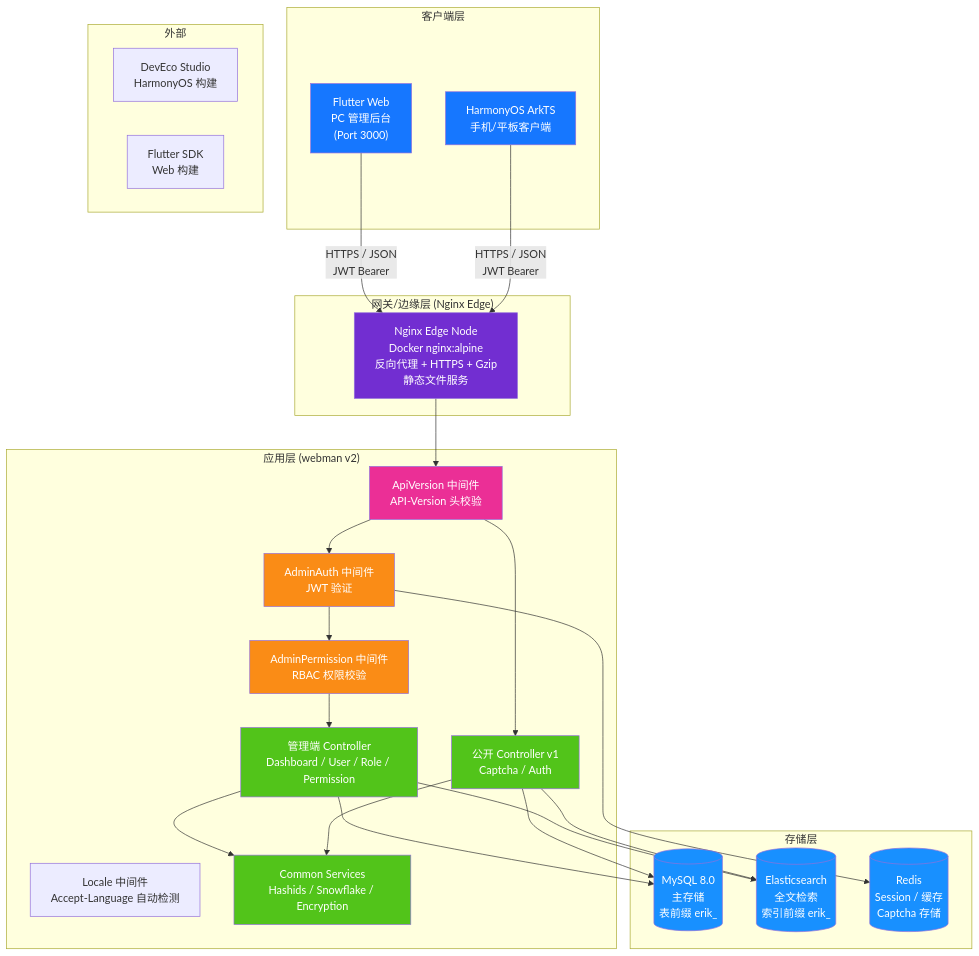
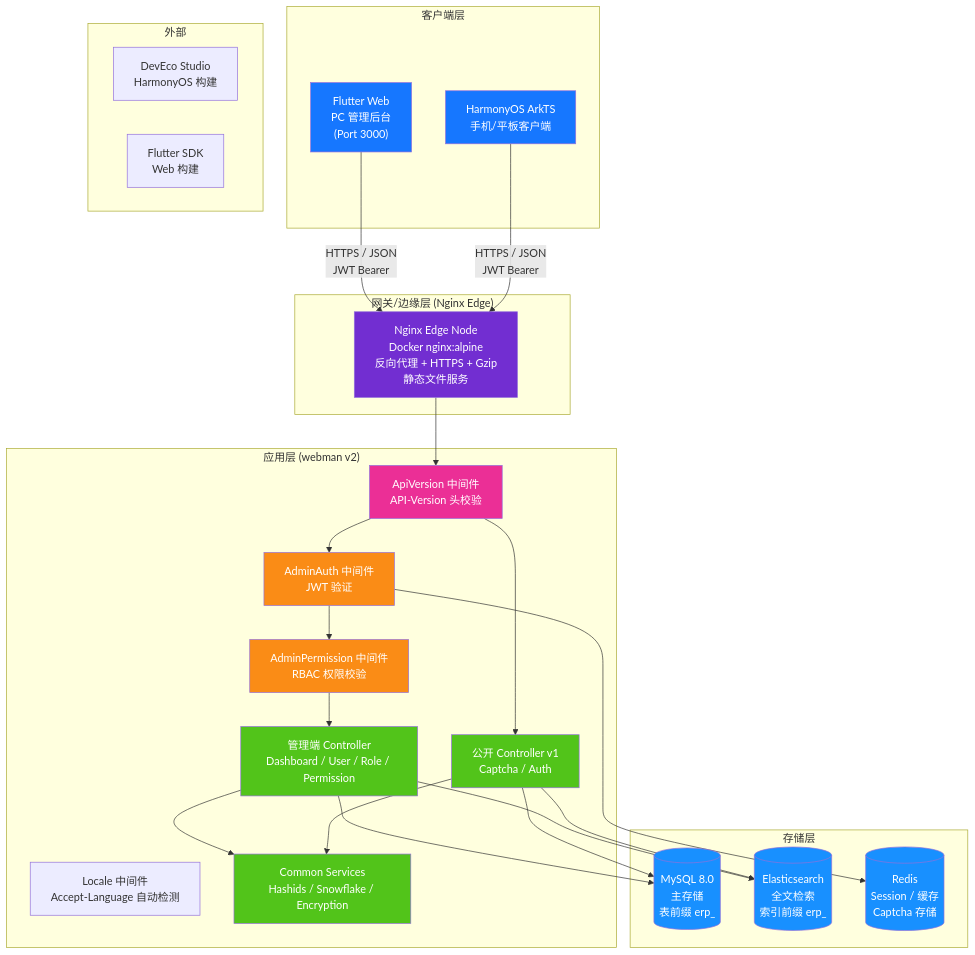
Before and after one commit to erikwang2013/erp-php: the first of 20 diagrams in docs/ARCHITECTURE.md, drawn with Mermaid. The commit also changed other lines of this file and 449 other files, not shown here.

First line of the commit message:
全局命名统一：数据库 erp、表前缀 erp_、Redis 前缀 erp:（原 erik_/open_admin）

````diff
--- a/docs/ARCHITECTURE.md
+++ b/docs/ARCHITECTURE.md
@@ -11,60 +11,60 @@
 ```mermaid
 flowchart TB
     subgraph "客户端层"
         A1["Flutter Web<br/>PC 管理后台<br/>(Port 3000)"]
         A2["HarmonyOS ArkTS<br/>手机/平板客户端"]
     end
 
     subgraph "网关/边缘层 (Nginx Edge)"
         B1["Nginx Edge Node<br/>Docker nginx:alpine<br/>反向代理 + HTTPS + Gzip<br/>静态文件服务"]
     end
 
     subgraph "应用层 (webman v2)"
         C_LOC["Locale 中间件<br/>Accept-Language 自动检测"]
         C0["ApiVersion 中间件<br/>API-Version 头校验"]
         C1["AdminAuth 中间件<br/>JWT 验证"]
         C2["AdminPermission 中间件<br/>RBAC 权限校验"]
         C3["管理端 Controller<br/>Dashboard / User / Role / Permission"]
         C4["公开 Controller v1<br/>Captcha / Auth"]
         C5["Common Services<br/>Hashids / Snowflake / Encryption"]
     end
 
     subgraph "存储层"
-        D1[("MySQL 8.0<br/>主存储<br/>表前缀 erik_")]
-        D2[("Elasticsearch<br/>全文检索<br/>索引前缀 erik_")]
+        D1[("MySQL 8.0<br/>主存储<br/>表前缀 erp_")]
+        D2[("Elasticsearch<br/>全文检索<br/>索引前缀 erp_")]
         D3[("Redis<br/>Session / 缓存<br/>Captcha 存储")]
     end
 
     subgraph "外部"
         E1["DevEco Studio<br/>HarmonyOS 构建"]
         E2["Flutter SDK<br/>Web 构建"]
     end
 
     A1 -->|"HTTPS / JSON<br/>JWT Bearer"| B1
     A2 -->|"HTTPS / JSON<br/>JWT Bearer"| B1
     B1 --> C0
     C0 --> C1
     C1 --> C2
     C2 --> C3
     C0 --> C4
     C3 --> C5
     C4 --> C5
     C3 --> D1
     C4 --> D1
     C3 --> D2
     C4 --> D2
     C1 --> D3
 
     style A1 fill:#1677FF,color:#fff
     style A2 fill:#1677FF,color:#fff
     style B1 fill:#722ED1,color:#fff
     style C0 fill:#EB2F96,color:#fff
     style C1 fill:#FA8C16,color:#fff
     style C2 fill:#FA8C16,color:#fff
     style C3 fill:#52C41A,color:#fff
     style C4 fill:#52C41A,color:#fff
     style C5 fill:#52C41A,color:#fff
     style D1 fill:#1890FF,color:#fff
     style D2 fill:#1890FF,color:#fff
     style D3 fill:#1890FF,color:#fff
 ```
````
